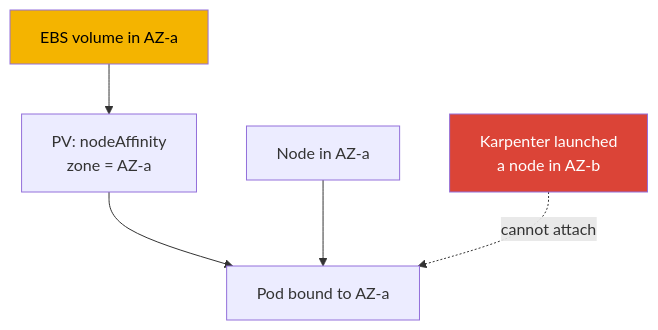
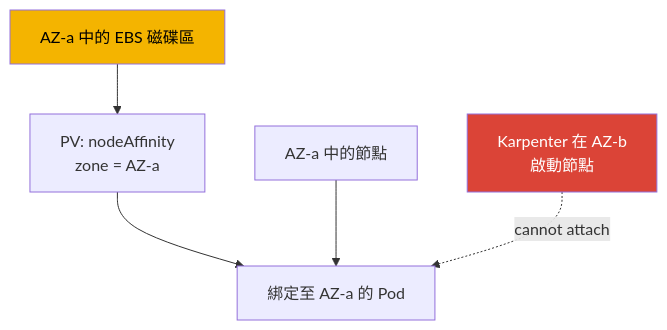
The second of 2 diagrams in tasks/eks/course/23/tw.md (ViktorUJ/cks), drawn with Mermaid before and after one commit. The commit also changed other lines of this file and 534 other files, not shown here.

````diff
--- a/tasks/eks/course/23/tw.md
+++ b/tasks/eks/course/23/tw.md
@@ -130,13 +130,13 @@
 ```mermaid
 flowchart TB
-    ebs["EBS volume in AZ-a"]
+    ebs["AZ-a 中的 EBS 磁碟區"]
     pv["PV: nodeAffinity<br/>zone = AZ-a"]
-    pod["Pod bound to AZ-a"]
-    nodeA["Node in AZ-a"]
-    karp["Karpenter launched<br/>a node in AZ-b"]
+    pod["綁定至 AZ-a 的 Pod"]
+    nodeA["AZ-a 中的節點"]
+    karp["Karpenter 在 AZ-b<br/>啟動節點"]
     ebs --> pv --> pod
     nodeA --> pod
     karp -.->|"cannot attach"| pod
     style ebs fill:#f4b400,color:#000
     style karp fill:#db4437,color:#fff
 ```
````
